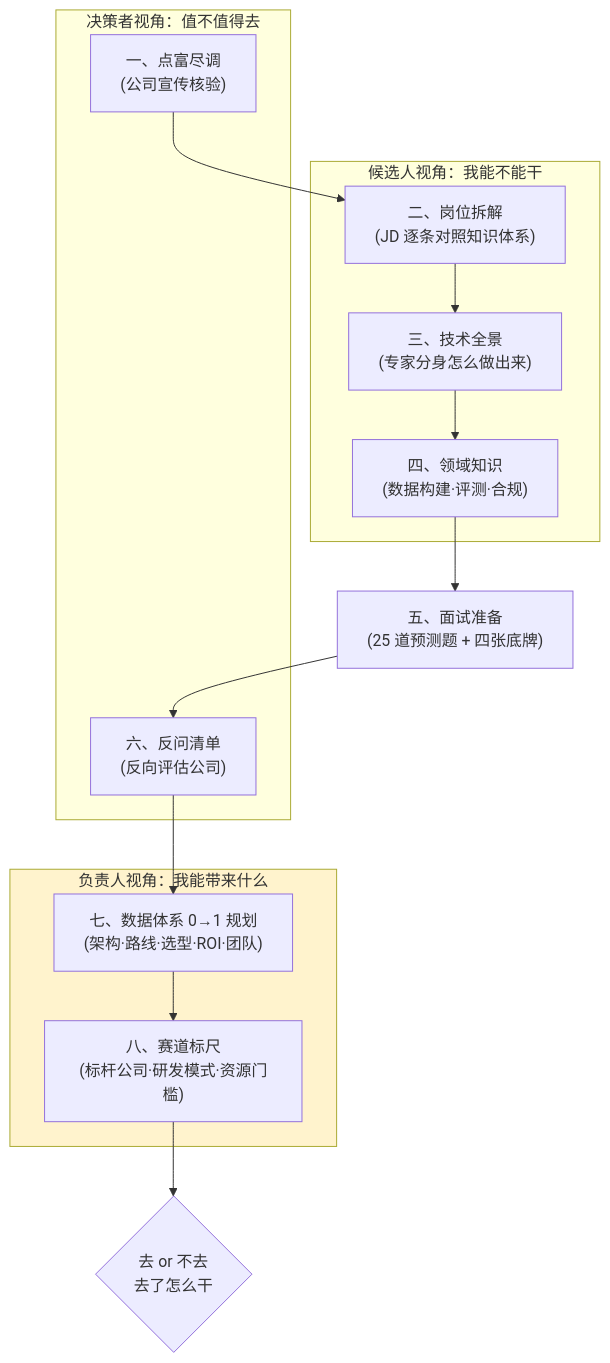
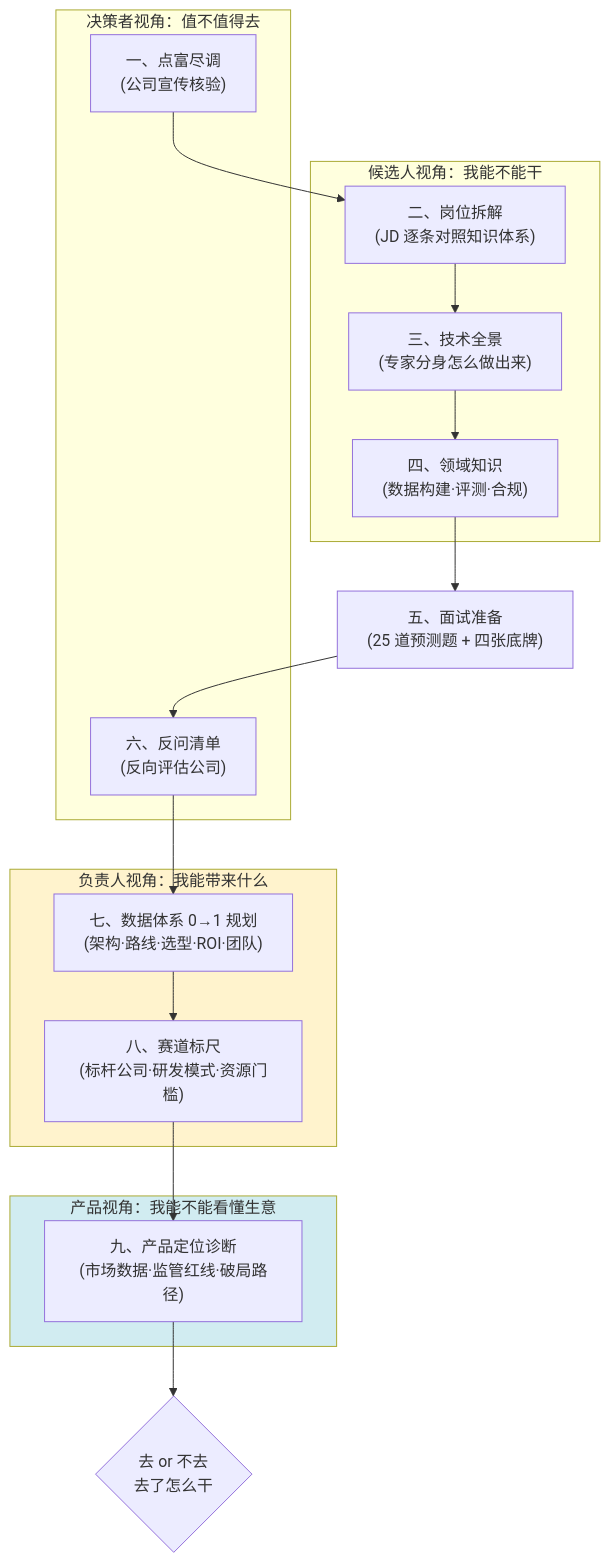
One commit to LiPingjiang/Full-Stack-Knowledge-Book changed the first of 20 diagrams in part7-ai-engineering/12-案例-点富科技大模型数据评测岗.md. Above: the diagram before and after it, drawn with Mermaid. The commit also changed other lines of this file and 2 other files, not shown here.

````diff
--- a/part7-ai-engineering/12-案例-点富科技大模型数据评测岗.md
+++ b/part7-ai-engineering/12-案例-点富科技大模型数据评测岗.md
@@ -29,22 +32,26 @@
 ```mermaid
 flowchart TD
     subgraph S1["候选人视角：我能不能干"]
         B["二、岗位拆解<br/>(JD 逐条对照知识体系)"]
         C["三、技术全景<br/>(专家分身怎么做出来)"]
         D["四、领域知识<br/>(数据构建·评测·合规)"]
     end
     subgraph S2["决策者视角：值不值得去"]
         A["一、点富尽调<br/>(公司宣传核验)"]
         F["六、反问清单<br/>(反向评估公司)"]
     end
     subgraph S3["负责人视角：我能带来什么"]
         G["七、数据体系 0→1 规划<br/>(架构·路线·选型·ROI·团队)"]
         I["八、赛道标尺<br/>(标杆公司·研发模式·资源门槛)"]
     end
+    subgraph S4["产品视角：我能不能看懂生意"]
+        J["九、产品定位诊断<br/>(市场数据·监管红线·破局路径)"]
+    end
 
     A --> B --> C --> D --> E["五、面试准备<br/>(25 道预测题 + 四张底牌)"]
-    E --> F --> G --> I
-    I --> H{"去 or 不去<br/>去了怎么干"}
+    E --> F --> G --> I --> J
+    J --> H{"去 or 不去<br/>去了怎么干"}
 
     style S3 fill:#fff3cd
+    style S4 fill:#d1ecf1
 ```
````
